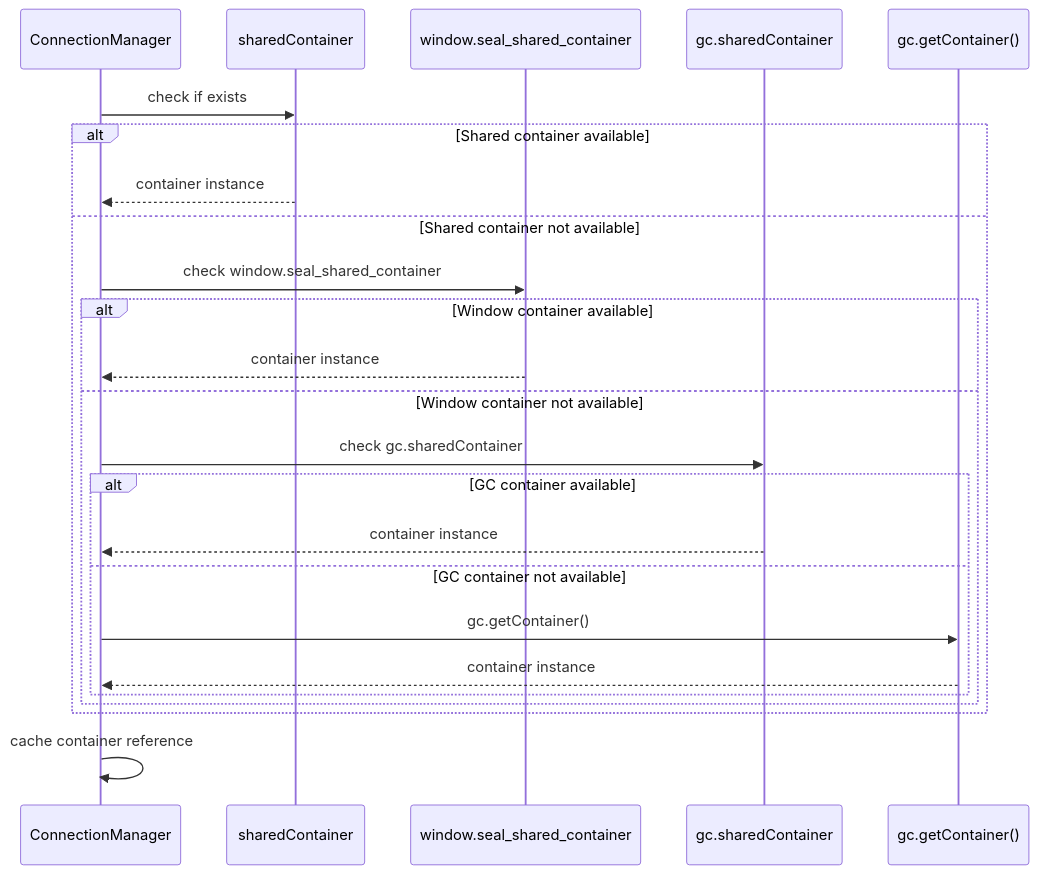
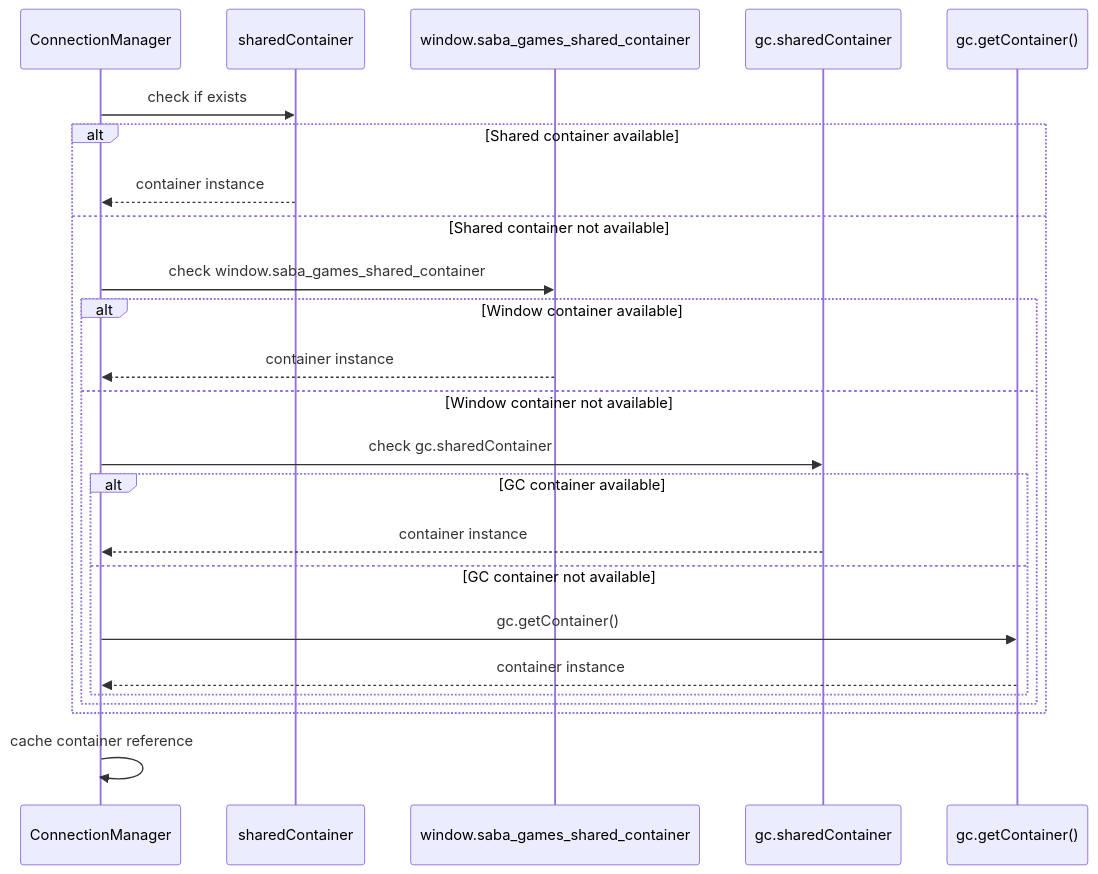
One commit to starixvn/l1_game-clients_sedie-client-demo changed the fourth of 13 diagrams in seal-monorepo/libs/saba-games/docs/CONNECTION_MANAGER_DIAGRAMS.md. Above: the diagram before and after it, drawn with Mermaid. The commit also changed other lines of this file and 10 other files, not shown here.

Commit message:
feat: use unique term globle sharedContainer for both today page and live page

````diff
--- a/seal-monorepo/libs/saba-games/docs/CONNECTION_MANAGER_DIAGRAMS.md
+++ b/seal-monorepo/libs/saba-games/docs/CONNECTION_MANAGER_DIAGRAMS.md
@@ -128,28 +128,28 @@
 ```mermaid
 sequenceDiagram
     participant CM as ConnectionManager
     participant Shared as sharedContainer
-    participant Window as window.seal_shared_container
+    participant Window as window.saba_games_shared_container
     participant GC as gc.sharedContainer
     participant Fallback as gc.getContainer()
 
     CM->>Shared: check if exists
     alt Shared container available
         Shared-->>CM: container instance
     else Shared container not available
-        CM->>Window: check window.seal_shared_container
+        CM->>Window: check window.saba_games_shared_container
         alt Window container available
             Window-->>CM: container instance
         else Window container not available
             CM->>GC: check gc.sharedContainer
             alt GC container available
                 GC-->>CM: container instance
             else GC container not available
                 CM->>Fallback: gc.getContainer()
                 Fallback-->>CM: container instance
             end
         end
     end
 
     CM->>CM: cache container reference
 ```
````
